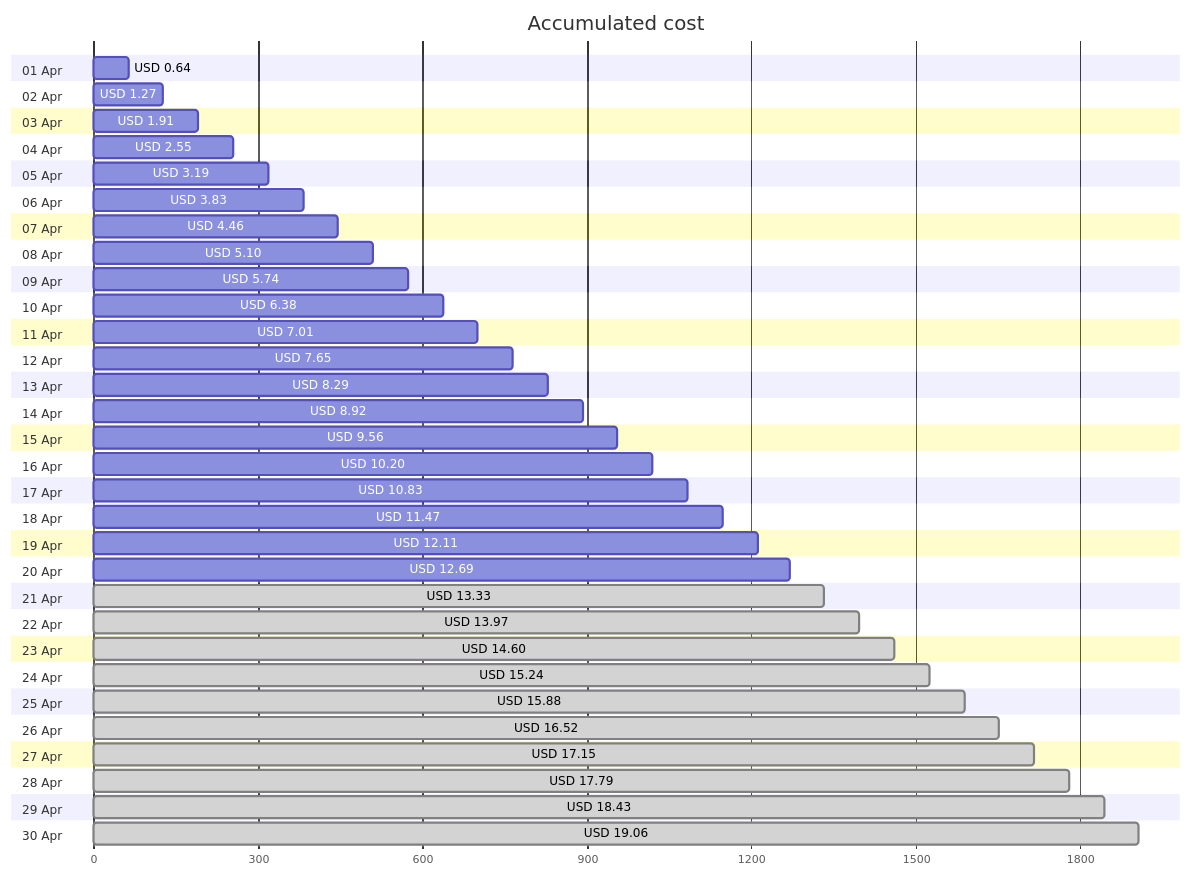
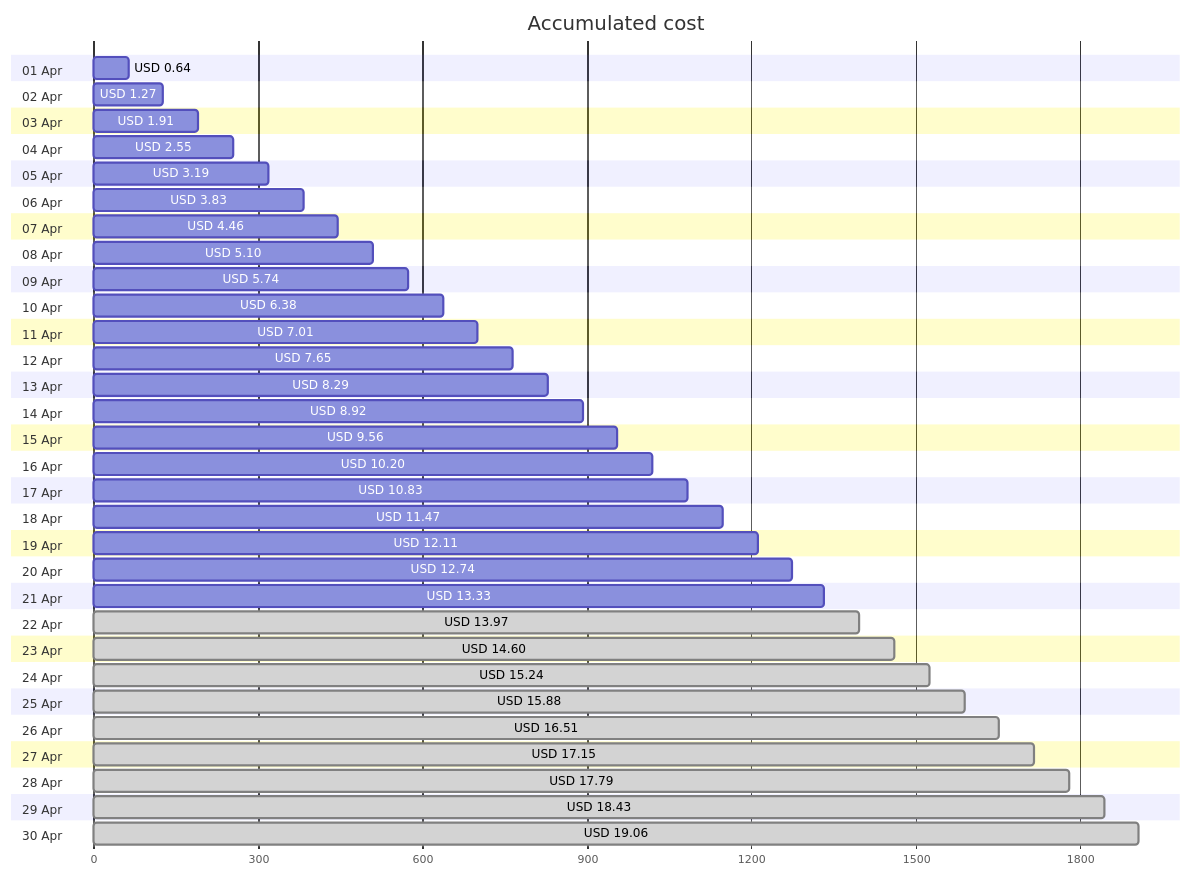
Before and after one commit to jpfulton/azure-personal-reports: the first of 4 diagrams in cost-reports/accumulated-cost.md, drawn with Mermaid. The commit also changed other lines of this file and 4 other files, not shown here.

````diff
--- a/cost-reports/accumulated-cost.md
+++ b/cost-reports/accumulated-cost.md
@@ -20,66 +20,66 @@
 ```mermaid
 gantt
    title Accumulated cost
    dateFormat  X
    axisFormat %s
    section 01 Apr
    USD 0.64 :0, 64
    section 02 Apr
    USD 1.27 :0, 127
    section 03 Apr
    USD 1.91 :0, 191
    section 04 Apr
    USD 2.55 :0, 255
    section 05 Apr
    USD 3.19 :0, 319
    section 06 Apr
    USD 3.83 :0, 383
    section 07 Apr
    USD 4.46 :0, 446
    section 08 Apr
    USD 5.10 :0, 510
    section 09 Apr
    USD 5.74 :0, 574
    section 10 Apr
    USD 6.38 :0, 638
    section 11 Apr
    USD 7.01 :0, 701
    section 12 Apr
    USD 7.65 :0, 765
    section 13 Apr
    USD 8.29 :0, 829
    section 14 Apr
    USD 8.92 :0, 892
    section 15 Apr
    USD 9.56 :0, 956
    section 16 Apr
    USD 10.20 :0, 1020
    section 17 Apr
    USD 10.83 :0, 1083
    section 18 Apr
    USD 11.47 :0, 1147
    section 19 Apr
    USD 12.11 :0, 1211
    section 20 Apr
-   USD 12.69 :0, 1269
+   USD 12.74 :0, 1274
    section 21 Apr
-   USD 13.33 : done, 0, 1333
+   USD 13.33 :0, 1333
    section 22 Apr
    USD 13.97 : done, 0, 1397
    section 23 Apr
    USD 14.60 : done, 0, 1460
    section 24 Apr
    USD 15.24 : done, 0, 1524
    section 25 Apr
    USD 15.88 : done, 0, 1588
    section 26 Apr
-   USD 16.52 : done, 0, 1652
+   USD 16.51 : done, 0, 1651
    section 27 Apr
    USD 17.15 : done, 0, 1715
    section 28 Apr
    USD 17.79 : done, 0, 1779
    section 29 Apr
    USD 18.43 : done, 0, 1843
    section 30 Apr
    USD 19.06 : done, 0, 1906
 ```
````
